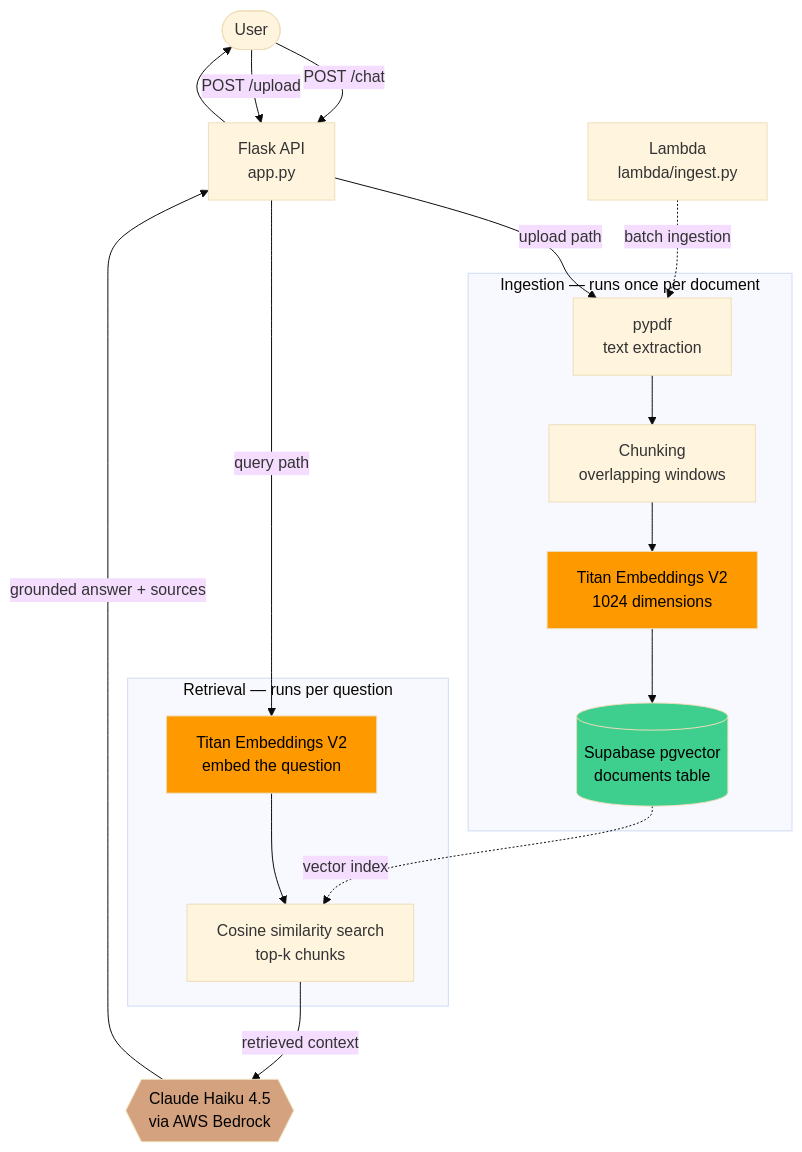
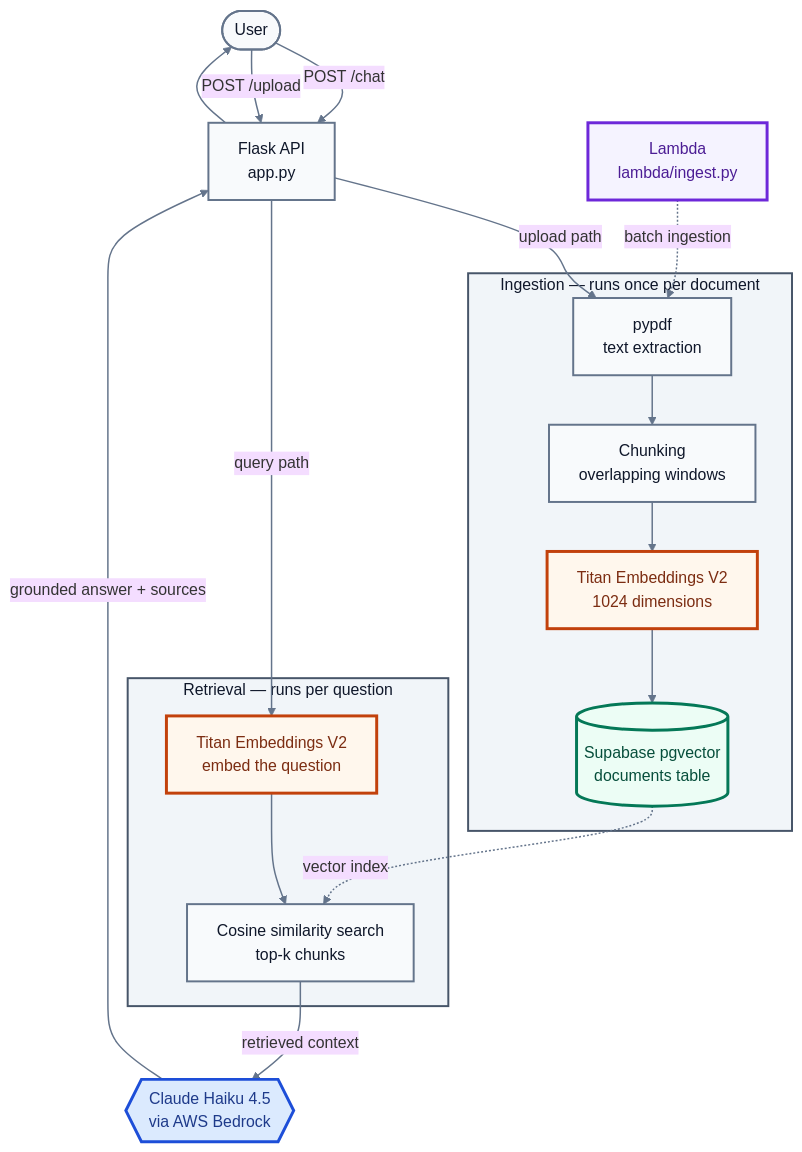
Before and after one commit to sadvi11/bedrock-rag-app: the diagram in README.md, drawn with Mermaid (base theme).

Commit message:
docs: make the architecture diagram readable on a phone and in both themes
Verified by rendering with mermaid-cli 11 in the light and dark themes, not
by eye.

Direction: long left-to-right chains render as hairlines on a narrow screen.
Those are now top-down.

Contrast: a node that pins a fill but lets its text colour default is legible
in only one of GitHub's two themes, and an unstyled node inherits whichever
theme the reader has. Every node now sets its own fill and text colour, edges
are pinned too, and subgraph labels take an explicit colour - white-on-pale
subgraph titles were invisible in dark mode.

````diff
--- a/README.md
+++ b/README.md
@@ -89,31 +89,39 @@
 ```mermaid
 flowchart TB
-    User([User]) -->|"POST /chat"| API["Flask API<br/>app.py"]
+    User(["User"]) -->|"POST /chat"| API["Flask API<br/>app.py"]
     User -->|"POST /upload"| API
 
-    subgraph Ingest ["Ingestion — runs once per document"]
+    subgraph Ingest["Ingestion — runs once per document"]
         PDF["pypdf<br/>text extraction"] --> CHUNK["Chunking<br/>overlapping windows"]
         CHUNK --> EMB1["Titan Embeddings V2<br/>1024 dimensions"]
         EMB1 --> STORE[("Supabase pgvector<br/>documents table")]
     end
 
-    subgraph Query ["Retrieval — runs per question"]
+    subgraph Query["Retrieval — runs per question"]
         EMB2["Titan Embeddings V2<br/>embed the question"]
         SEARCH["Cosine similarity search<br/>top-k chunks"]
         EMB2 --> SEARCH
         STORE -.->|"vector index"| SEARCH
     end
 
     API -->|"upload path"| PDF
     API -->|"query path"| EMB2
     SEARCH -->|"retrieved context"| GEN{{"Claude Haiku 4.5<br/>via AWS Bedrock"}}
     GEN -->|"grounded answer + sources"| API
     API --> User
 
     LAMBDA["Lambda<br/>lambda/ingest.py"] -.->|"batch ingestion"| PDF
 
-    style GEN fill:#D4A27F,color:#000
-    style STORE fill:#3ECF8E,color:#000
-    style EMB1 fill:#FF9900,color:#000
-    style EMB2 fill:#FF9900,color:#000
+    linkStyle default stroke:#64748b,stroke-width:1.5px
+    classDef default fill:#f8fafc,stroke:#64748b,stroke-width:2px,color:#0f172a
+    classDef aws   fill:#fff7ed,stroke:#c2410c,stroke-width:3px,color:#7c2d12
+    classDef ci    fill:#f5f3ff,stroke:#6d28d9,stroke-width:3px,color:#4c1d95
+    classDef data  fill:#ecfdf5,stroke:#047857,stroke-width:3px,color:#064e3b
+    classDef decide fill:#dbeafe,stroke:#1d4ed8,stroke-width:3px,color:#1e3a8a
+    class GEN decide
+    class STORE data
+    class EMB1,EMB2 aws
+    class LAMBDA ci
+    style Ingest fill:#f1f5f9,stroke:#475569,stroke-width:2px,color:#0f172a
+    style Query fill:#f1f5f9,stroke:#475569,stroke-width:2px,color:#0f172a
 ```
````
